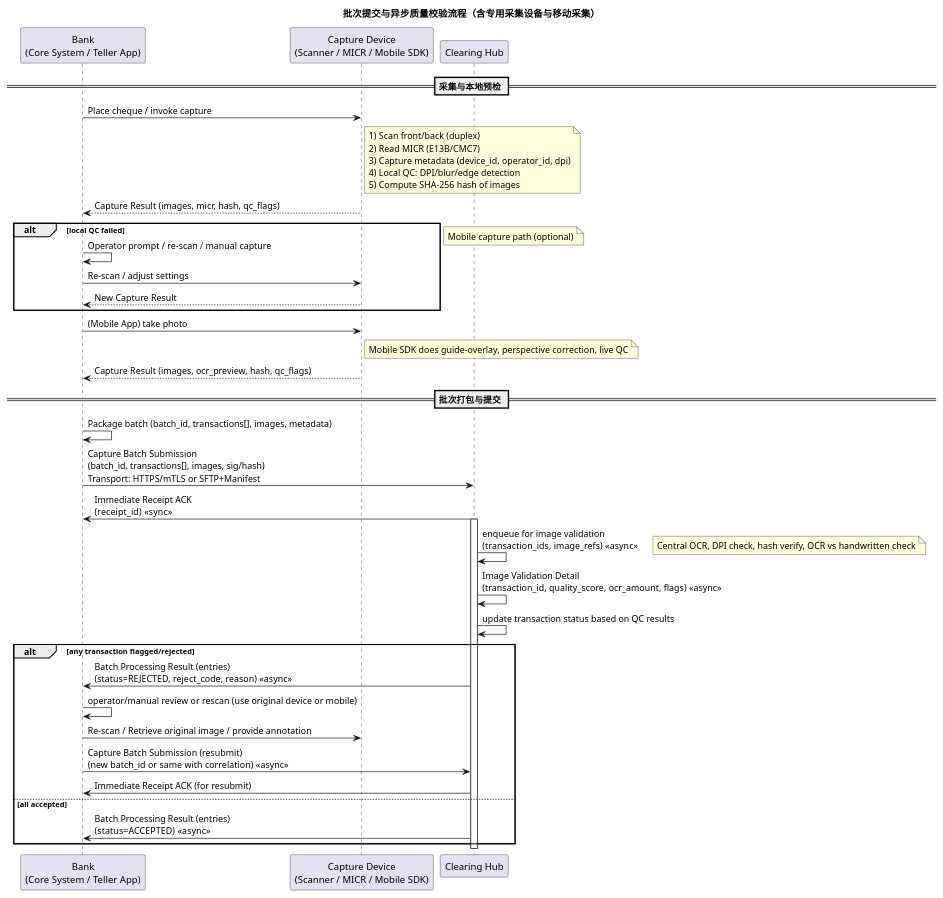
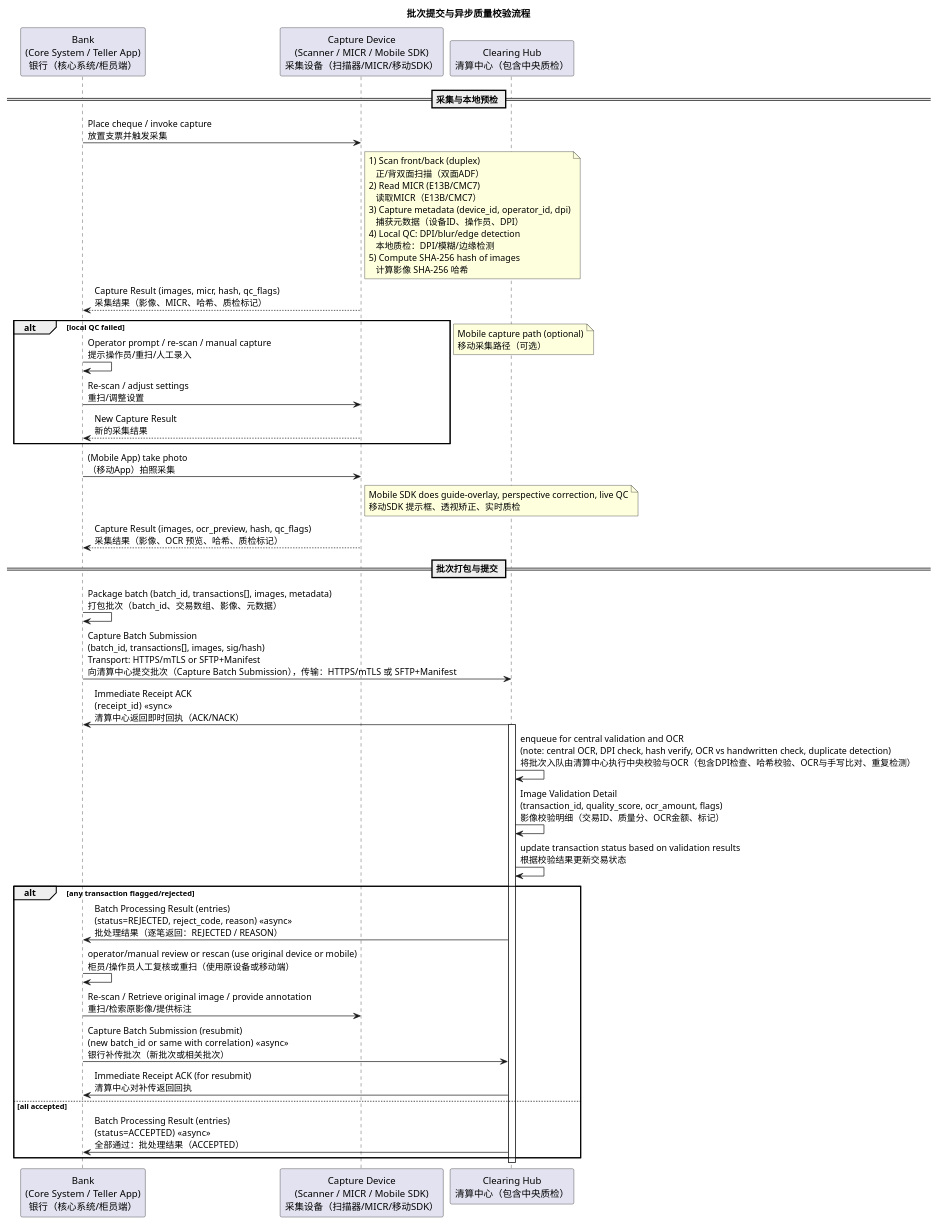
Before and after one commit to achaocai/HT-CITS: the diagram in docs/flow/1_batch_processing_async.puml, drawn with PlantUML.

Commit message:
Update flow: change title and add Chinese descriptions in process diagram

```diff
--- a/docs/flow/1_batch_processing_async.puml
+++ b/docs/flow/1_batch_processing_async.puml
@@ -1,48 +1,47 @@
 @startuml
-title 批次提交与异步质量校验流程（含专用采集设备与移动采集）
+title 批次提交与异步质量校验流程
 
-participant Bank as "Bank\n(Core System / Teller App)"
-participant Device as "Capture Device\n(Scanner / MICR / Mobile SDK)"
-participant Clearing as "Clearing Hub"
+participant Bank as "Bank\n(Core System / Teller App)\n银行（核心系统/柜员端）"
+participant Device as "Capture Device\n(Scanner / MICR / Mobile SDK)\n采集设备（扫描器/MICR/移动SDK）"
+participant Clearing as "Clearing Hub\n清算中心（包含中央质检）"
 
 == 采集与本地预检 ==
-Bank -> Device : Place cheque / invoke capture
-note right of Device: 1) Scan front/back (duplex)\n2) Read MICR (E13B/CMC7)\n3) Capture metadata (device_id, operator_id, dpi)\n4) Local QC: DPI/blur/edge detection\n5) Compute SHA-256 hash of images
-Device --> Bank : Capture Result (images, micr, hash, qc_flags)
+Bank -> Device : Place cheque / invoke capture\n放置支票并触发采集
+note right of Device: 1) Scan front/back (duplex)\n   正/背双面扫描（双面ADF）\n2) Read MICR (E13B/CMC7)\n   读取MICR（E13B/CMC7）\n3) Capture metadata (device_id, operator_id, dpi)\n   捕获元数据（设备ID、操作员、DPI）\n4) Local QC: DPI/blur/edge detection\n   本地质检：DPI/模糊/边缘检测\n5) Compute SHA-256 hash of images\n   计算影像 SHA-256 哈希
+Device --> Bank : Capture Result (images, micr, hash, qc_flags)\n采集结果（影像、MICR、哈希、质检标记）
 
 alt local QC failed
-  Bank -> Bank : Operator prompt / re-scan / manual capture
-  Bank -> Device : Re-scan / adjust settings
-  Device --> Bank : New Capture Result
+  Bank -> Bank : Operator prompt / re-scan / manual capture\n提示操作员/重扫/人工录入
+  Bank -> Device : Re-scan / adjust settings\n重扫/调整设置
+  Device --> Bank : New Capture Result\n新的采集结果
 end
 
-note left: Mobile capture path (optional)
-Bank -> Device : (Mobile App) take photo
-note right of Device: Mobile SDK does guide-overlay, perspective correction, live QC
-Device --> Bank : Capture Result (images, ocr_preview, hash, qc_flags)
+note left: Mobile capture path (optional)\n移动采集路径（可选）
+Bank -> Device : (Mobile App) take photo\n（移动App）拍照采集
+note right of Device: Mobile SDK does guide-overlay, perspective correction, live QC\n移动SDK 提示框、透视矫正、实时质检
+Device --> Bank : Capture Result (images, ocr_preview, hash, qc_flags)\n采集结果（影像、OCR 预览、哈希、质检标记）
 
 == 批次打包与提交 ==
-Bank -> Bank : Package batch (batch_id, transactions[], images, metadata)
-Bank -> Clearing : Capture Batch Submission\n(batch_id, transactions[], images, sig/hash)\nTransport: HTTPS/mTLS or SFTP+Manifest
+Bank -> Bank : Package batch (batch_id, transactions[], images, metadata)\n打包批次（batch_id、交易数组、影像、元数据）
+Bank -> Clearing : Capture Batch Submission\n(batch_id, transactions[], images, sig/hash)\nTransport: HTTPS/mTLS or SFTP+Manifest\n向清算中心提交批次（Capture Batch Submission），传输：HTTPS/mTLS 或 SFTP+Manifest
 
-Clearing -> Bank : Immediate Receipt ACK\n(receipt_id)  <<sync>>
+Clearing -> Bank : Immediate Receipt ACK\n(receipt_id)  <<sync>>\n清算中心返回即时回执（ACK/NACK）
 activate Clearing
 
-Clearing -> Clearing : enqueue for image validation\n(transaction_ids, image_refs)  <<async>>
-note right: Central OCR, DPI check, hash verify, OCR vs handwritten check
+Clearing -> Clearing : enqueue for central validation and OCR\n(note: central OCR, DPI check, hash verify, OCR vs handwritten check, duplicate detection)\n将批次入队由清算中心执行中央校验与OCR（包含DPI检查、哈希校验、OCR与手写比对、重复检测）
 
-Clearing -> Clearing : Image Validation Detail\n(transaction_id, quality_score, ocr_amount, flags)  <<async>>
-Clearing -> Clearing : update transaction status based on QC results
+Clearing -> Clearing : Image Validation Detail\n(transaction_id, quality_score, ocr_amount, flags)\n影像校验明细（交易ID、质量分、OCR金额、标记）
+Clearing -> Clearing : update transaction status based on validation results\n根据校验结果更新交易状态
 
 alt any transaction flagged/rejected
-  Clearing -> Bank : Batch Processing Result (entries)\n(status=REJECTED, reject_code, reason)  <<async>>
-  Bank -> Bank : operator/manual review or rescan (use original device or mobile)
-  Bank -> Device : Re-scan / Retrieve original image / provide annotation
-  Bank -> Clearing : Capture Batch Submission (resubmit)\n(new batch_id or same with correlation)  <<async>>
-  Clearing -> Bank : Immediate Receipt ACK (for resubmit)
+  Clearing -> Bank : Batch Processing Result (entries)\n(status=REJECTED, reject_code, reason)  <<async>>\n批处理结果（逐笔返回：REJECTED / REASON）
+  Bank -> Bank : operator/manual review or rescan (use original device or mobile)\n柜员/操作员人工复核或重扫（使用原设备或移动端）
+  Bank -> Device : Re-scan / Retrieve original image / provide annotation\n重扫/检索原影像/提供标注
+  Bank -> Clearing : Capture Batch Submission (resubmit)\n(new batch_id or same with correlation)  <<async>>\n银行补传批次（新批次或相关批次）
+  Clearing -> Bank : Immediate Receipt ACK (for resubmit)\n清算中心对补传返回回执
 else all accepted
-  Clearing -> Bank : Batch Processing Result (entries)\n(status=ACCEPTED)  <<async>>
+  Clearing -> Bank : Batch Processing Result (entries)\n(status=ACCEPTED)  <<async>>\n全部通过：批处理结果（ACCEPTED）
 end
 
 deactivate Clearing
 @enduml
```
